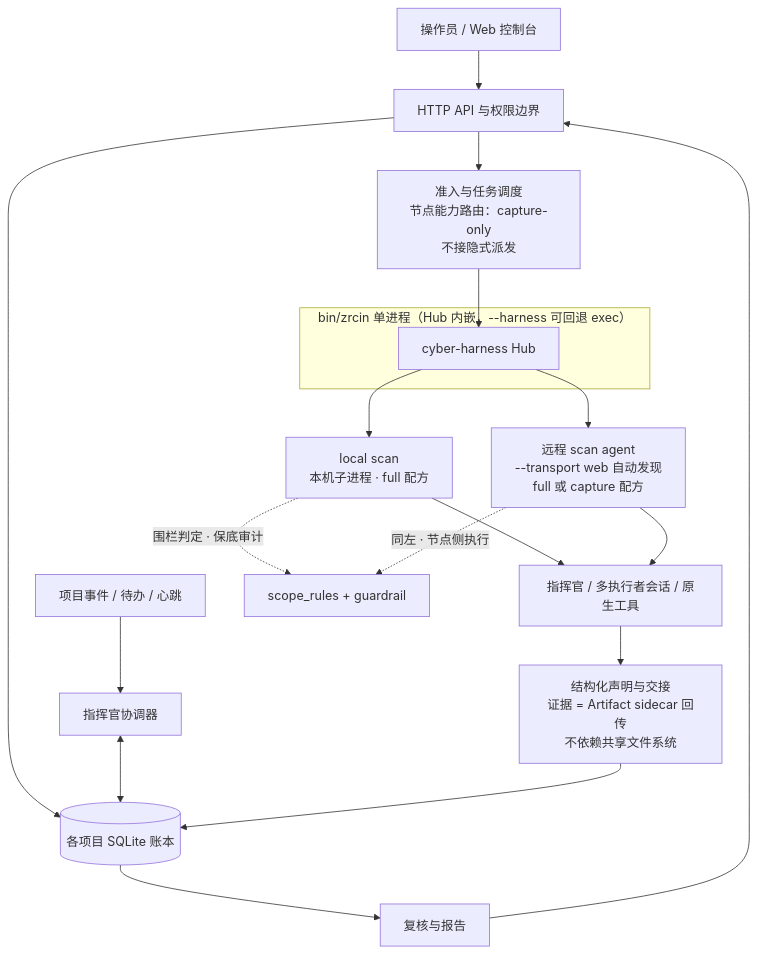
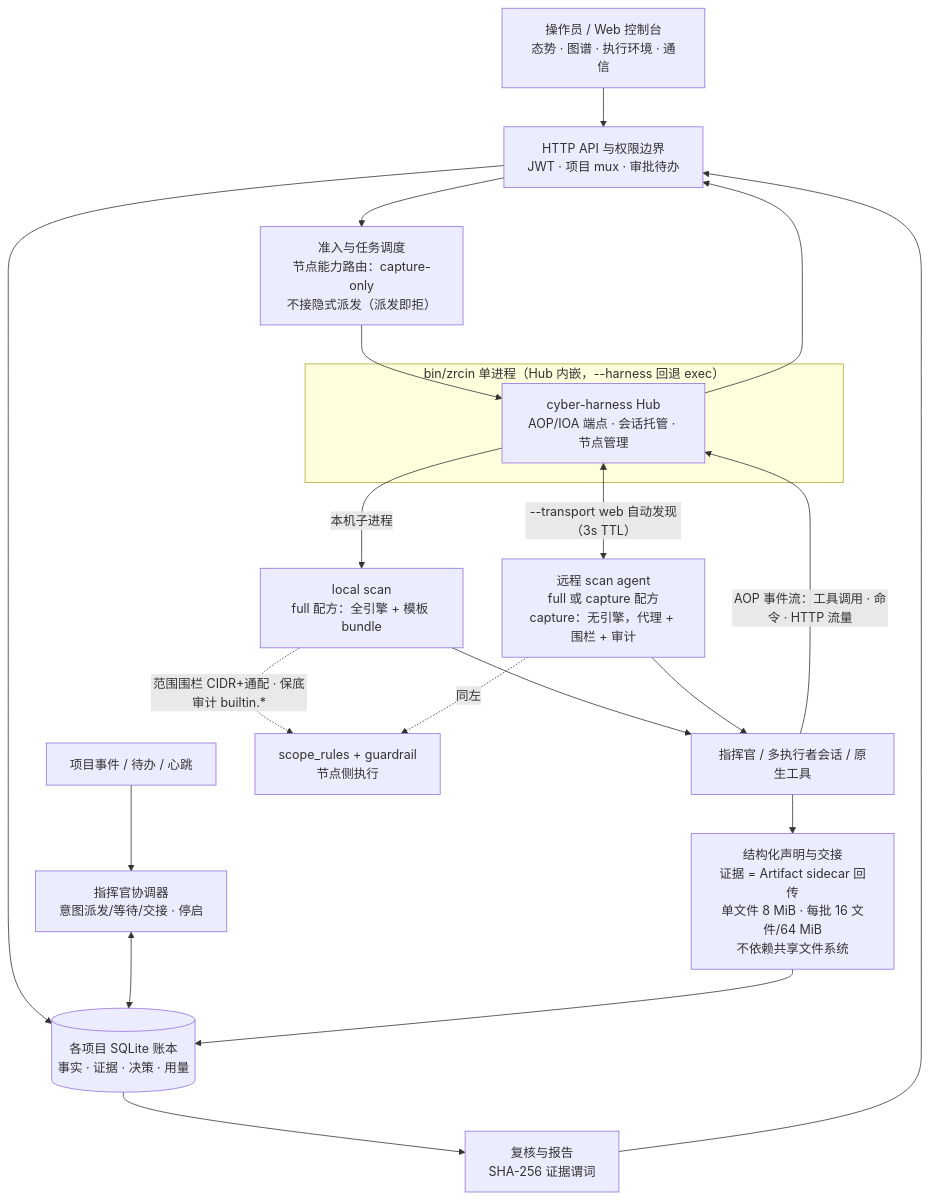
Before and after one commit to c1ayooo/4zrcin: the diagram in docs/01-architecture.md, drawn with Mermaid. The commit also changed 1 other file, not shown here.

Commit message:
docs: richer architecture diagrams
README and docs/01 §1 now show the control plane's internals (HTTP API
and permission boundary, the dispatch gate with the capture-only routing
rule, the commander coordinator, the ledger, review/report) alongside
the deployment layer: the embedded Hub subgraph, the two node kinds
with their recipe differences spelled out, the AOP event stream back
through the Hub, the sidecar handoff limits, and the node-side
fence/audit. Both diagrams annotate the discovery TTL and the guaranteed
audit prefix.

````diff
--- a/docs/01-architecture.md
+++ b/docs/01-architecture.md
@@ -31,22 +31,24 @@
 ```mermaid
 flowchart TD
-    UI[操作员 / Web 控制台] --> API[HTTP API 与权限边界]
-    API --> Ledger[(各项目 SQLite 账本)]
-    API --> Dispatcher[准入与任务调度<br/>节点能力路由：capture-only<br/>不接隐式派发]
-    Events[项目事件 / 待办 / 心跳] --> Commander[指挥官协调器]
+    UI[操作员 / Web 控制台<br/>态势 · 图谱 · 执行环境 · 通信] --> API[HTTP API 与权限边界<br/>JWT · 项目 mux · 审批待办]
+    API --> Ledger[(各项目 SQLite 账本<br/>事实 · 证据 · 决策 · 用量)]
+    API --> Dispatcher[准入与任务调度<br/>节点能力路由：capture-only<br/>不接隐式派发（派发即拒）]
+    Events[项目事件 / 待办 / 心跳] --> Commander[指挥官协调器<br/>意图派发/等待/交接 · 停启]
     Commander <--> Ledger
-    subgraph ZRCIN["bin/zrcin 单进程（Hub 内嵌，--harness 可回退 exec）"]
-      Harness[cyber-harness Hub]
+    subgraph ZRCIN["bin/zrcin 单进程（Hub 内嵌，--harness 回退 exec）"]
+      Harness[cyber-harness Hub<br/>AOP/IOA 端点 · 会话托管 · 节点管理]
     end
     Dispatcher --> Harness
-    Harness --> Local["local scan<br/>本机子进程 · full 配方"]
-    Harness --> Remote["远程 scan agent<br/>--transport web 自动发现<br/>full 或 capture 配方"]
+    Harness -->|"本机子进程"| Local["local scan<br/>full 配方：全引擎 + 模板 bundle"]
+    Harness <-->|"--transport web 自动发现（3s TTL）"| Remote["远程 scan agent<br/>full 或 capture 配方<br/>capture：无引擎，代理 + 围栏 + 审计"]
     Local --> Worker[指挥官 / 多执行者会话 / 原生工具]
     Remote --> Worker
-    Worker --> Handoff[结构化声明与交接<br/>证据 = Artifact sidecar 回传<br/>不依赖共享文件系统]
+    Worker -->|"AOP 事件流：工具调用 · 命令 · HTTP 流量"| Harness
+    Harness --> API
+    Worker --> Handoff[结构化声明与交接<br/>证据 = Artifact sidecar 回传<br/>单文件 8 MiB · 每批 16 文件/64 MiB<br/>不依赖共享文件系统]
     Handoff --> Ledger
-    Local -.->|围栏判定 · 保底审计| Fence[scope_rules + guardrail]
-    Remote -.->|同左 · 节点侧执行| Fence
-    Ledger --> Review[复核与报告]
+    Local -.->|范围围栏 CIDR+通配 · 保底审计 builtin.*| Fence[scope_rules + guardrail<br/>节点侧执行]
+    Remote -.->|同左| Fence
+    Ledger --> Review[复核与报告<br/>SHA-256 证据谓词]
     Review --> API
 ```
````
